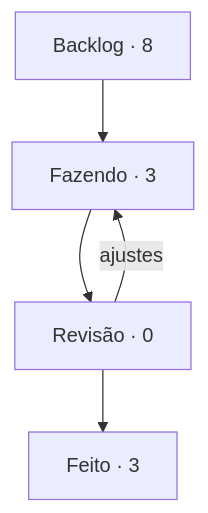
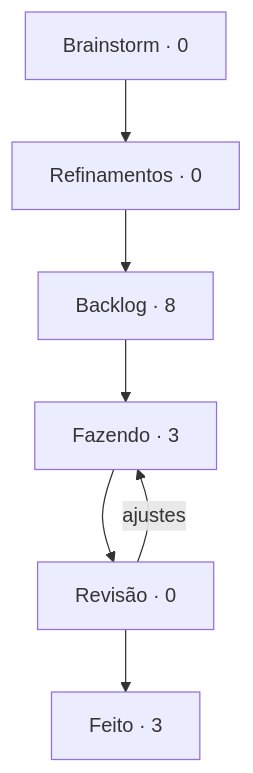
One commit to StudioVibi/VibiKanban changed the diagram in boards/harness/BOARD.md. Above: the diagram before and after it, drawn with Mermaid. The commit also changed other lines of this file and 16 other files, not shown here.

First line of the commit message:
quadro: colunas Brainstorm e Refinamentos, escondidas atrás de uma seta à esquerda

````diff
--- a/boards/harness/BOARD.md
+++ b/boards/harness/BOARD.md
@@ -5,10 +5,12 @@
 ```mermaid
 flowchart TD
-  backlog["Backlog · 8"] --> doing["Fazendo · 3"]
+  brainstorm["Brainstorm · 0"] --> refinamentos["Refinamentos · 0"]
+  refinamentos --> backlog["Backlog · 8"]
+  backlog --> doing["Fazendo · 3"]
   doing --> review["Revisão · 0"]
   review --> done["Feito · 3"]
   review -->|ajustes| doing
   doing:::blue
   review:::yellow
   done:::green
 ```
````
